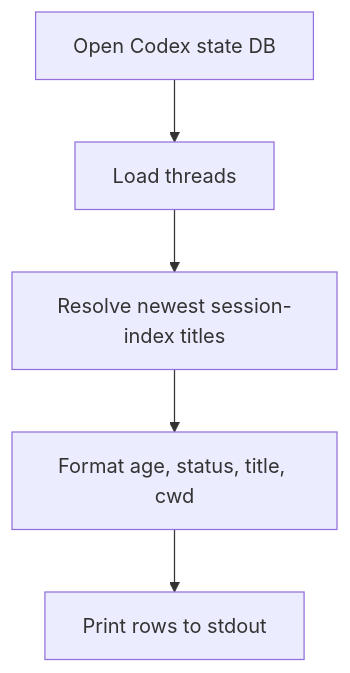
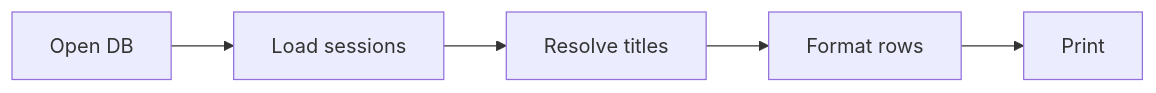
The third of 5 diagrams in README.md (lemonbu5h/dexcow), drawn with Mermaid before and after one commit. The commit also changed other lines of this file and 9 other files, not shown here.

Commit message:
fix: purge complete Codex session state (#2)

````diff
--- a/README.md
+++ b/README.md
@@ -63,7 +57,7 @@
 ```mermaid
-flowchart TD
-  A["Open Codex state DB"] --> B["Load threads"]
-  B --> C["Resolve newest session-index titles"]
-  C --> D["Format age, status, title, cwd"]
-  D --> E["Print rows to stdout"]
+flowchart LR
+  A["Open DB"] --> B["Load sessions"]
+  B --> C["Resolve titles"]
+  C --> D["Format rows"]
+  D --> E["Print"]
 ```
````
